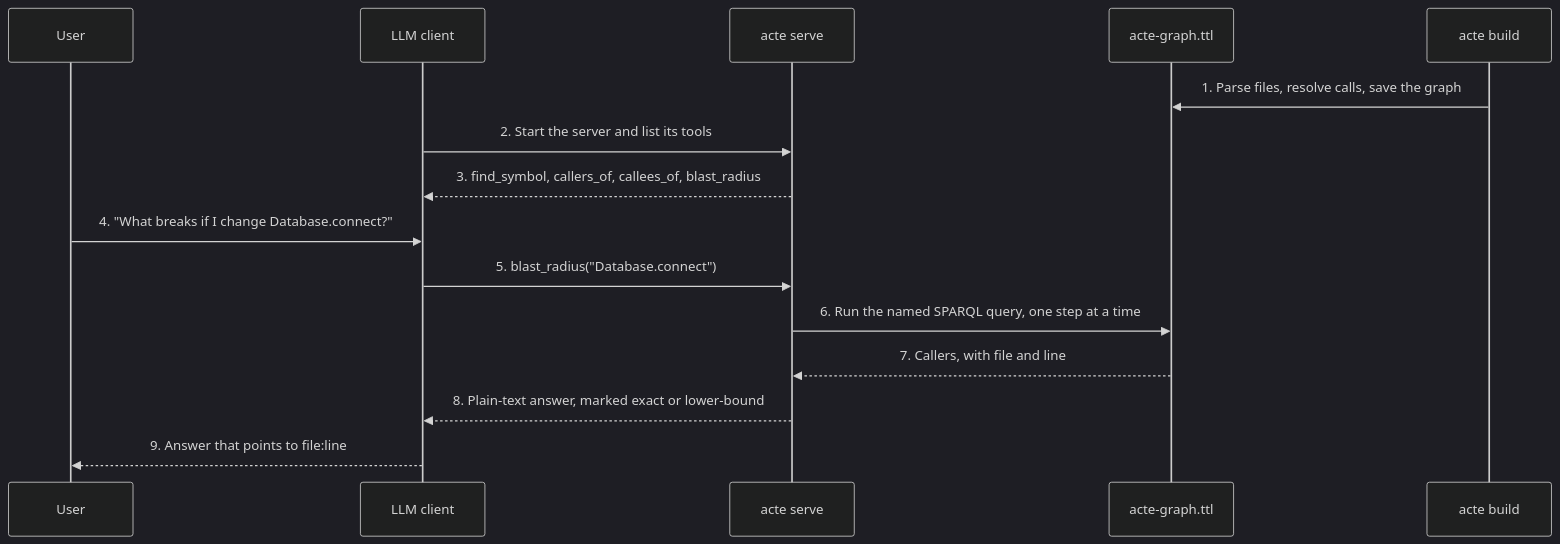
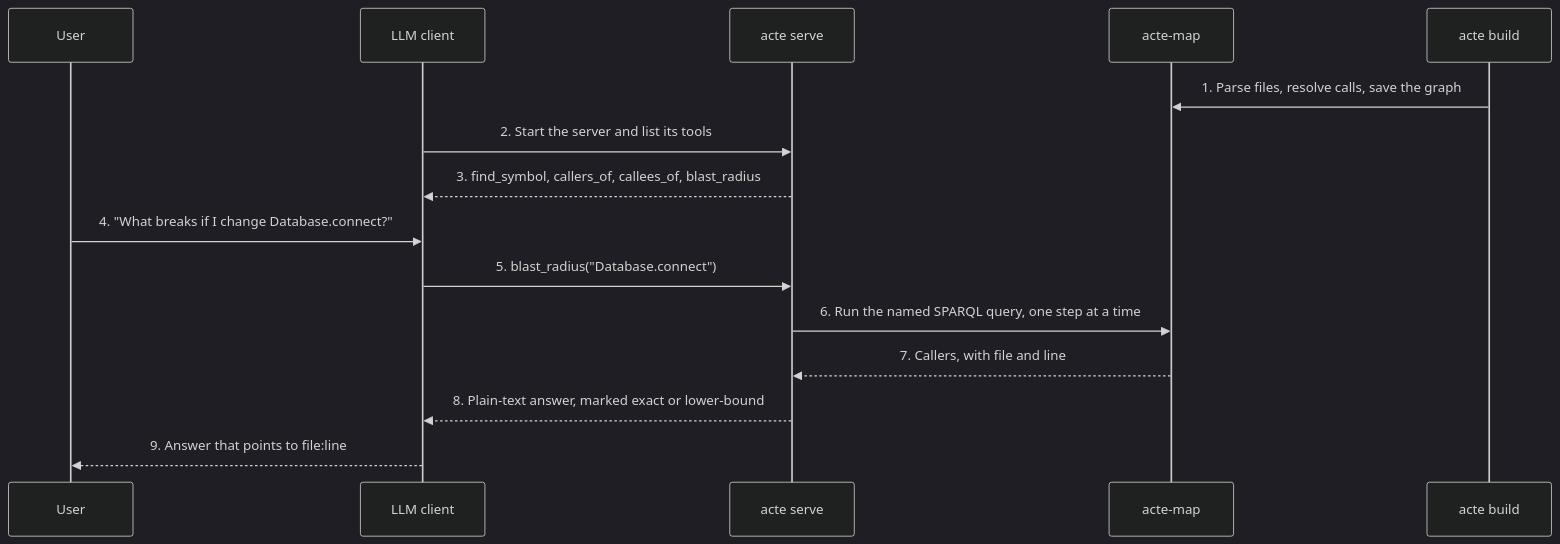
One commit to dhruv970331/Autonomous-Codebase-Topography-Engine changed the diagram in README.MD. Above: the diagram before and after it, drawn with Mermaid (dark theme). The commit also changed other lines of this file and 2 other files, not shown here.

Commit message:
docs: describe the map folder and the pyoxigraph store

````diff
--- a/README.MD
+++ b/README.MD
@@ -8,18 +8,18 @@
 ```mermaid
 sequenceDiagram
     participant U as User
     participant L as LLM client
     participant S as acte serve
-    participant G as acte-graph.ttl
+    participant G as acte-map
     participant B as acte build
 
     B->>G: 1. Parse files, resolve calls, save the graph
     L->>S: 2. Start the server and list its tools
     S-->>L: 3. find_symbol, callers_of, callees_of, blast_radius
     U->>L: 4. "What breaks if I change Database.connect?"
     L->>S: 5. blast_radius("Database.connect")
     S->>G: 6. Run the named SPARQL query, one step at a time
     G-->>S: 7. Callers, with file and line
     S-->>L: 8. Plain-text answer, marked exact or lower-bound
     L-->>U: 9. Answer that points to file:line
 ```
````
